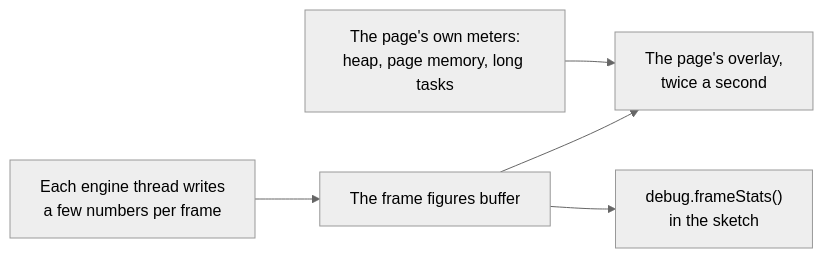
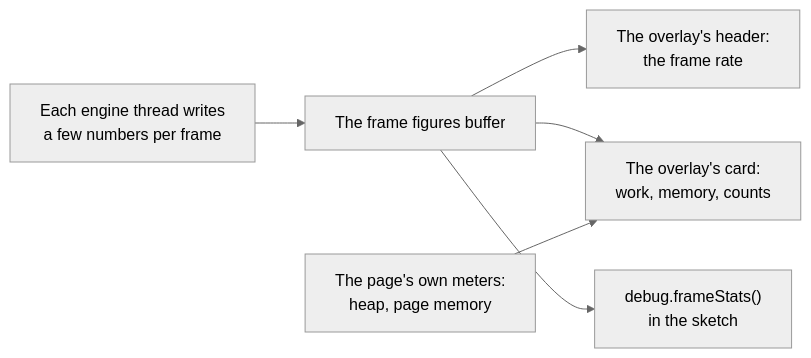
The third of 3 diagrams in docs/api/debug.md (null3d-engine/null3d), drawn with Mermaid (neutral theme) before and after one commit. The commit also changed other lines of this file and 30 other files, not shown here.

````diff
--- a/docs/api/debug.md
+++ b/docs/api/debug.md
@@ -139,7 +139,8 @@
 ```mermaid
 flowchart LR
     threads["Each engine thread writes<br/>a few numbers per frame"] --> buffer["The frame figures buffer"]
-    buffer --> overlay["The page's overlay,<br/>twice a second"]
+    buffer --> header["The overlay's header:<br/>the frame rate"]
+    buffer --> card["The overlay's card:<br/>work, memory, counts"]
     buffer --> sketch["debug.frameStats()<br/>in the sketch"]
-    page["The page's own meters:<br/>heap, page memory, long tasks"] --> overlay
+    page["The page's own meters:<br/>heap, page memory"] --> card
 ```
````
